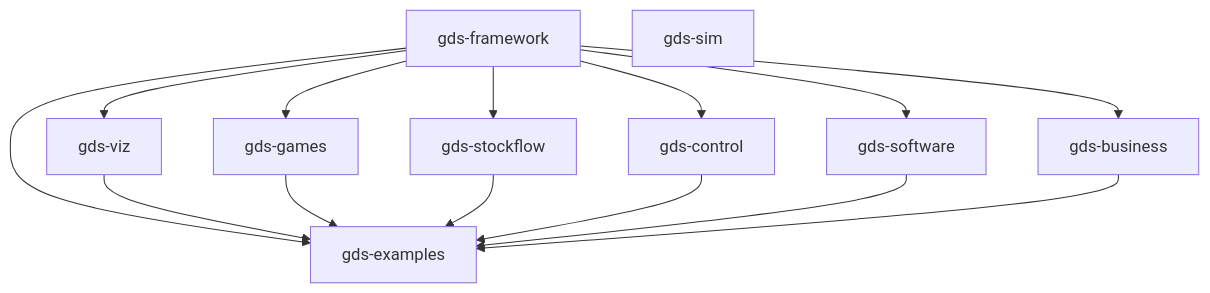
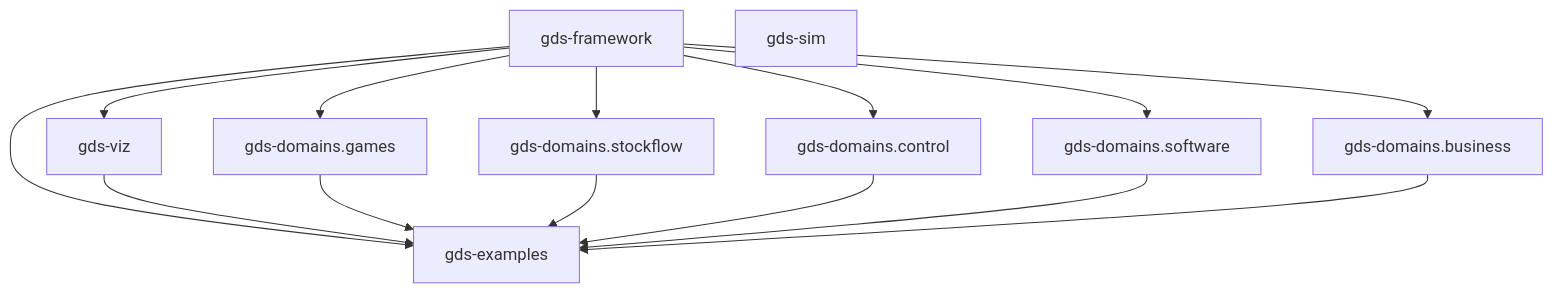
One commit to BlockScience/gds-core changed the diagram in docs/framework/ecosystem.md. Above: the diagram before and after it, drawn with Mermaid. The commit also changed other lines of this file and 451 other files, not shown here.

````diff
--- a/docs/framework/ecosystem.md
+++ b/docs/framework/ecosystem.md
@@ -21,17 +21,17 @@
 ```mermaid
 graph TD
     F[gds-framework] --> V[gds-viz]
-    F --> G[gds-games]
-    F --> SF[gds-stockflow]
-    F --> C[gds-control]
-    F --> SW[gds-software]
-    F --> B[gds-business]
+    F --> G[gds-domains.games]
+    F --> SF[gds-domains.stockflow]
+    F --> C[gds-domains.control]
+    F --> SW[gds-domains.software]
+    F --> B[gds-domains.business]
     F --> E[gds-examples]
     V --> E
     G --> E
     SF --> E
     C --> E
     SW --> E
     B --> E
     SIM[gds-sim]
 ```
````
